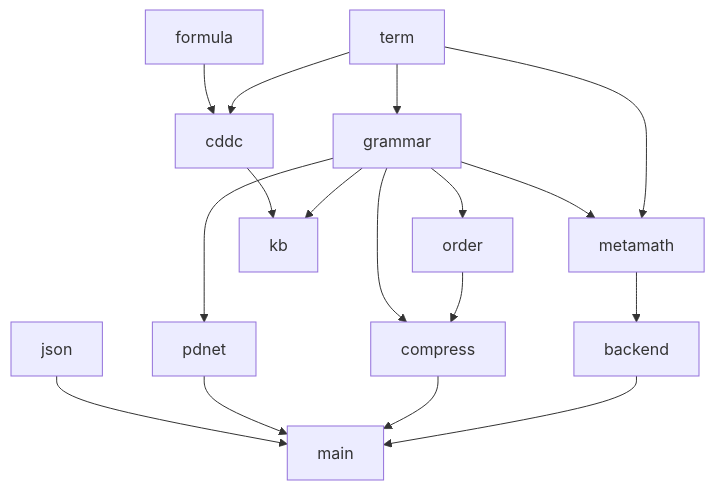
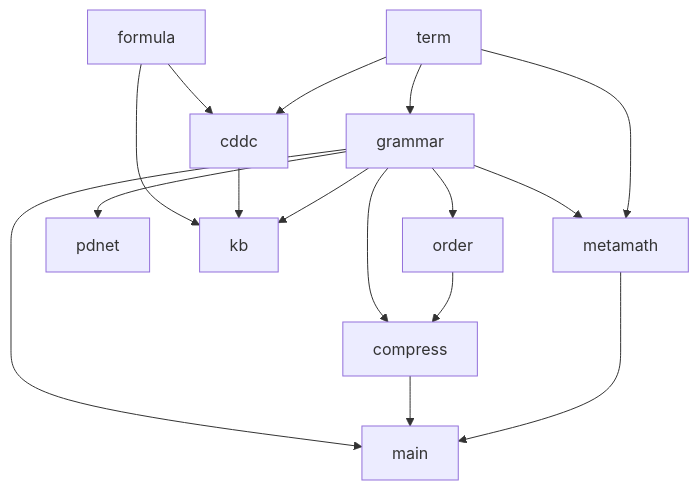
Before and after one commit to zoux89/mini-logic: the fourth of 4 diagrams in README.md, drawn with Mermaid. The commit also changed other lines of this file and 3 other files, not shown here.

````diff
--- a/README.md
+++ b/README.md
@@ -132,16 +138,18 @@
 ```mermaid
 flowchart TD
   term --> grammar
   term --> cddc
   formula --> cddc
-  grammar --> order --> compress
+  grammar --> order
+  order --> compress
   grammar --> compress
   grammar --> pdnet
   grammar --> kb
   cddc --> kb
+  formula --> kb
   term --> metamath
-  grammar --> metamath --> backend --> main
+  grammar --> metamath
+  metamath --> main
   compress --> main
-  pdnet --> main
-  json --> main
+  grammar --> main
 ```
````
